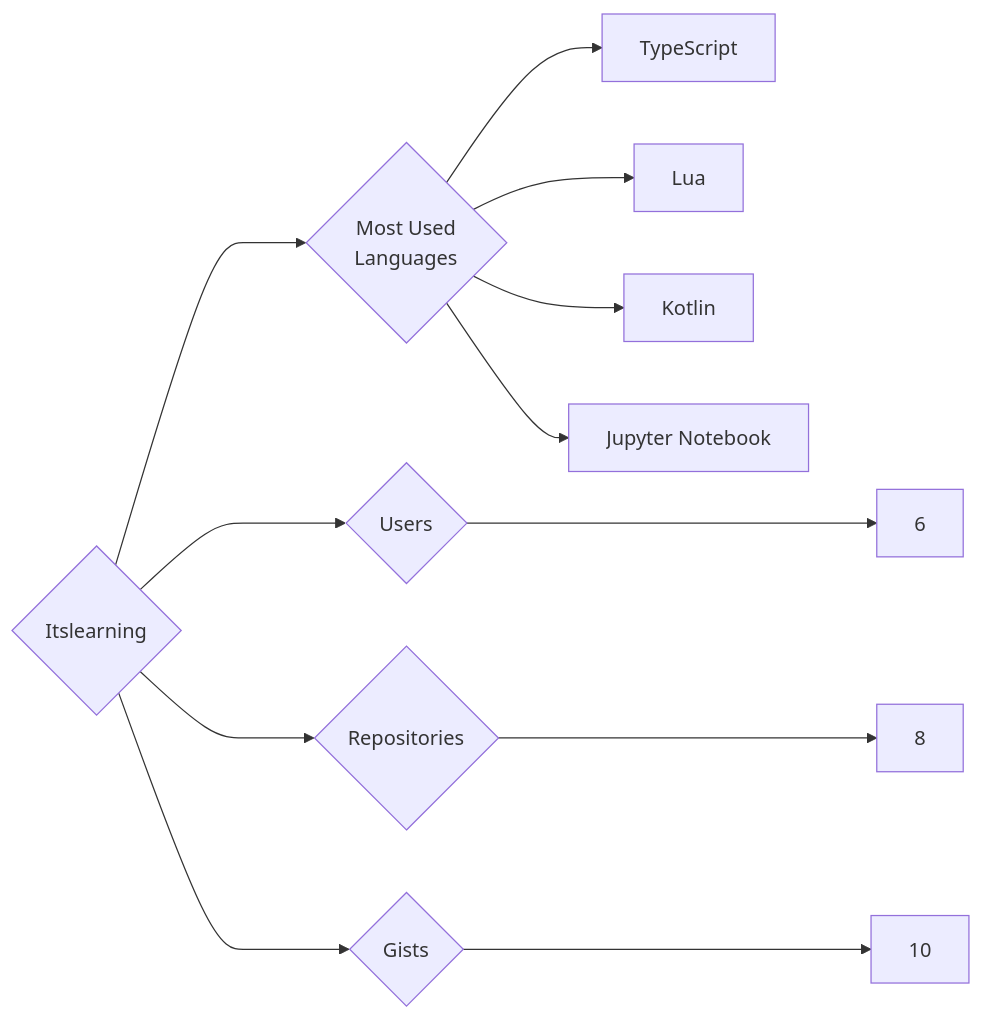
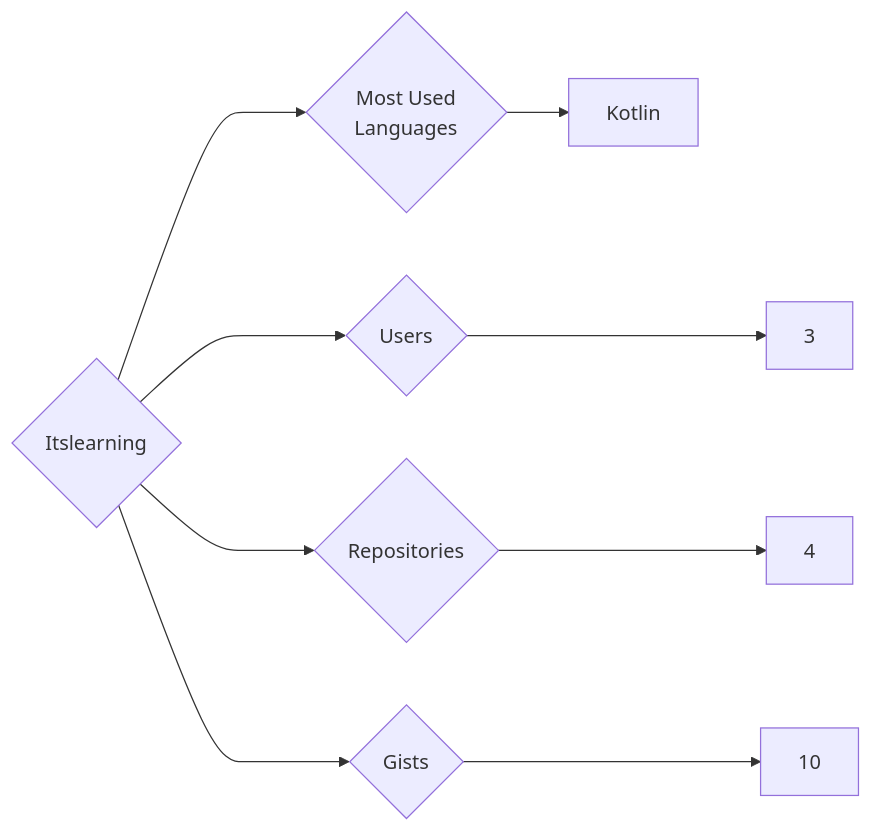
One commit to trickest/insiders changed the diagram in targets/Itslearning/README.md. Above: the diagram before and after it, drawn with Mermaid. The commit also changed 1195 other files, not shown here.

````diff
--- a/targets/Itslearning/README.md
+++ b/targets/Itslearning/README.md
@@ -3,12 +3,9 @@
 ```mermaid
 graph LR
 COMPANY_NAME{Itslearning}
-COMPANY_NAME ---> U{Users} ---> UN[6]
-COMPANY_NAME ---> R{Repositories} ---> RN[8]
+COMPANY_NAME ---> U{Users} ---> UN[3]
+COMPANY_NAME ---> R{Repositories} ---> RN[4]
 COMPANY_NAME ---> G{Gists} ---> GN[10]
 COMPANY_NAME ---> ML{Most Used<br>Languages}
-ML --> TypeScript[TypeScript]
-ML --> Lua[Lua]
 ML --> Kotlin[Kotlin]
-ML --> Jupyter_Notebook[Jupyter Notebook]
 ```
````
